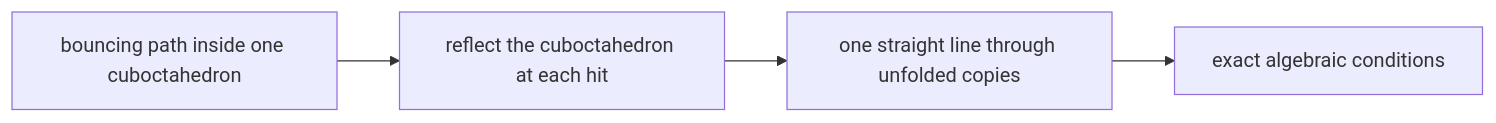
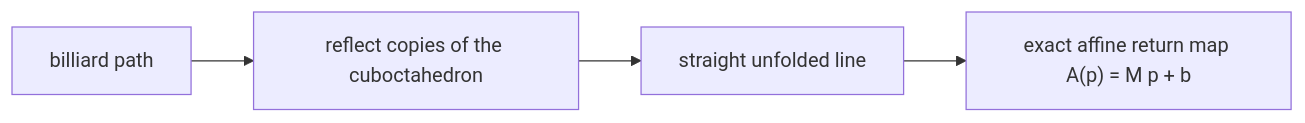
One commit to zpconn/cuboctahedron changed the first of 4 diagrams in README.md. Above: the diagram before and after it, drawn with Mermaid. The commit also changed other lines of this file and 1 other file, not shown here.

````diff
--- a/README.md
+++ b/README.md
@@ -69,8 +106,8 @@
 ```mermaid
 flowchart LR
-    A["bouncing path inside one cuboctahedron"]
-    B["reflect the cuboctahedron at each hit"]
-    C["one straight line through unfolded copies"]
-    D["exact algebraic conditions"]
+    A["billiard path"]
+    B["reflect copies of the cuboctahedron"]
+    C["straight unfolded line"]
+    D["exact affine return map A(p) = M p + b"]
     A --> B --> C --> D
 ```
````
